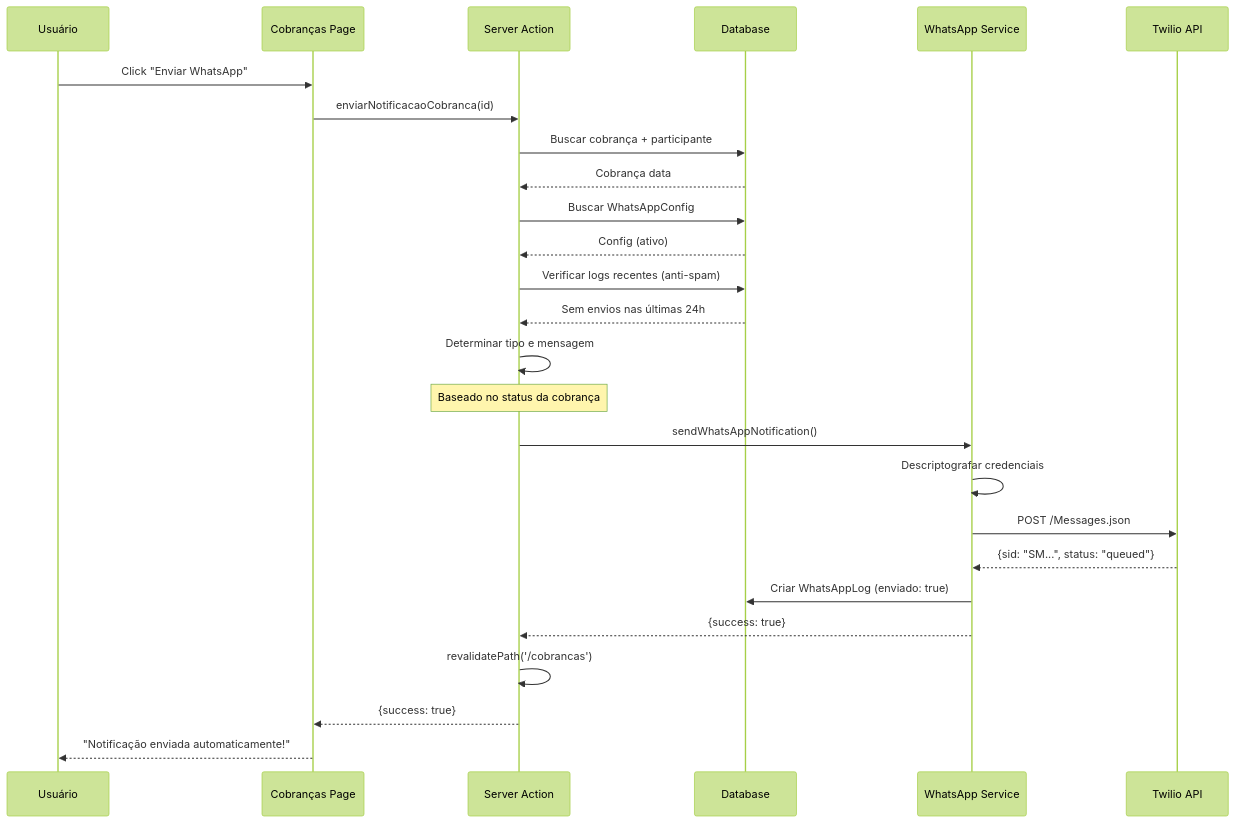
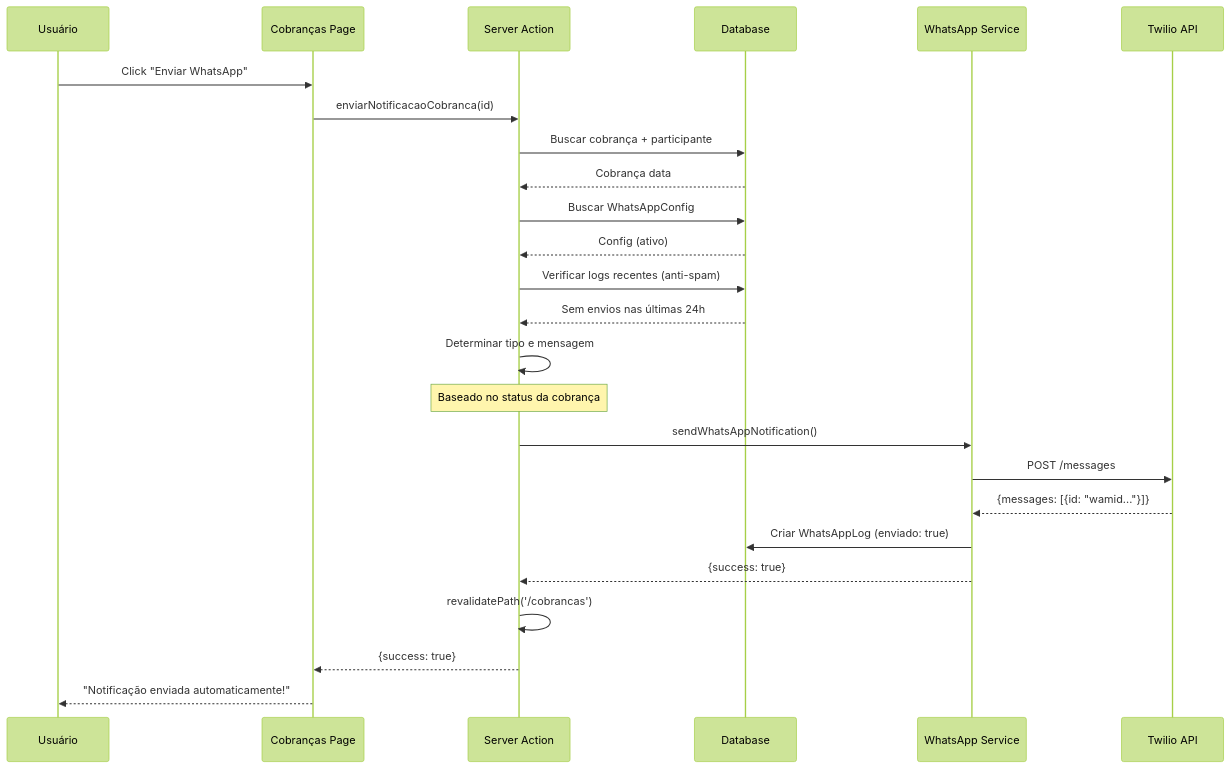
The third of 8 diagrams in docs/features/WHATSAPP_INTEGRATION.md (MateusNGF/streamshare), drawn with Mermaid (forest theme) before and after one commit. The commit also changed other lines of this file and 3 other files, not shown here.

````diff
--- a/docs/features/WHATSAPP_INTEGRATION.md
+++ b/docs/features/WHATSAPP_INTEGRATION.md
@@ -222,36 +222,35 @@
 ```mermaid
 sequenceDiagram
     participant U as Usuário
     participant UI as Cobranças Page
     participant SA as Server Action
     participant DB as Database
     participant WS as WhatsApp Service
     participant T as Twilio API
     
     U->>UI: Click "Enviar WhatsApp"
     UI->>SA: enviarNotificacaoCobranca(id)
     
     SA->>DB: Buscar cobrança + participante
     DB-->>SA: Cobrança data
     
     SA->>DB: Buscar WhatsAppConfig
     DB-->>SA: Config (ativo)
     
     SA->>DB: Verificar logs recentes (anti-spam)
     DB-->>SA: Sem envios nas últimas 24h
     
     SA->>SA: Determinar tipo e mensagem
     Note over SA: Baseado no status da cobrança
     
     SA->>WS: sendWhatsAppNotification()
-    WS->>WS: Descriptografar credenciais
-    WS->>T: POST /Messages.json
-    T-->>WS: {sid: "SM...", status: "queued"}
+    WS->>T: POST /messages
+    T-->>WS: {messages: [{id: "wamid..."}]}
     
     WS->>DB: Criar WhatsAppLog (enviado: true)
     WS-->>SA: {success: true}
     
     SA->>SA: revalidatePath('/cobrancas')
     SA-->>UI: {success: true}
     UI-->>U: "Notificação enviada automaticamente!"
 ```
````
